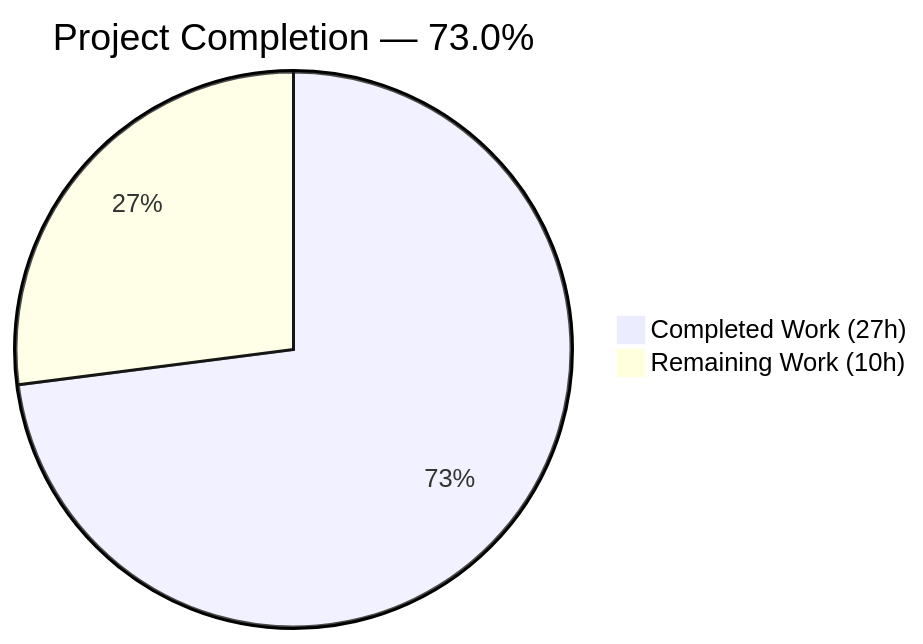
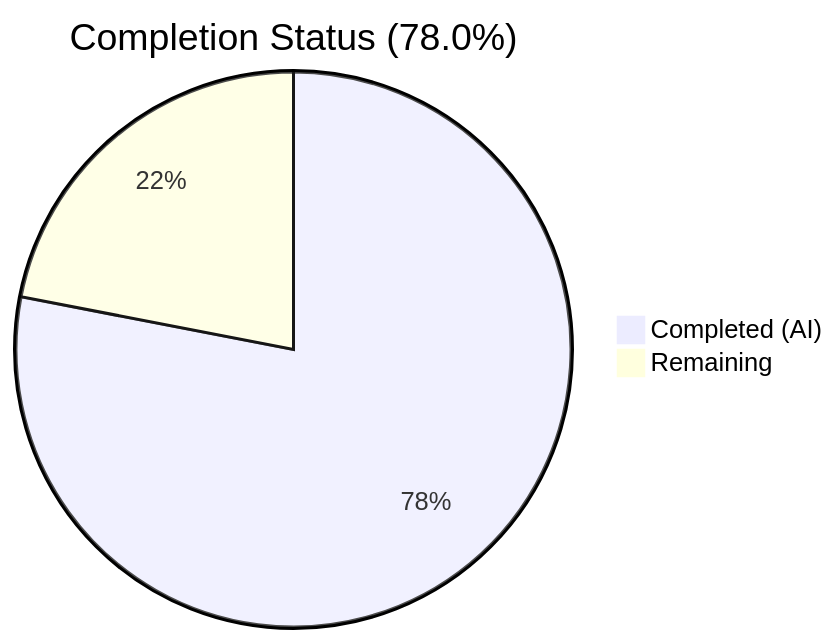
Before and after one commit to blitzy-public-samples/blitzy-odoo: the first of 2 diagrams in blitzy/documentation/Project Guide.md, drawn with Mermaid. The commit also changed other lines of this file, not shown here.

Commit message:
Adding Blitzy Project Guide: Project Status and Human Tasks Remaining

````diff
--- a/blitzy/documentation/Project Guide.md
+++ b/blitzy/documentation/Project Guide.md
@@ -22,5 +15,5 @@
 ```mermaid
-pie title Project Completion — 73.0%
-    "Completed Work (27h)" : 27
-    "Remaining Work (10h)" : 10
+pie title Completion Status (78.0%)
+    "Completed (AI)" : 32
+    "Remaining" : 9
 ```
````
